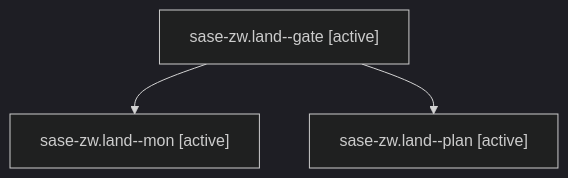
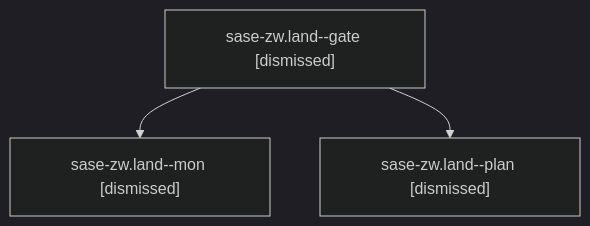
One commit to sase-org/sase--agents changed the diagram in sessions/bbugyi200.athena.sase-zw.land.md. Above: the diagram before and after it, drawn with Mermaid (dark theme). The commit also changed other lines of this file and 122 other files, not shown here.

````diff
--- a/sessions/bbugyi200.athena.sase-zw.land.md
+++ b/sessions/bbugyi200.athena.sase-zw.land.md
@@ -9,8 +9,8 @@
 ```mermaid
 flowchart TD
-  n0["sase-zw.land--gate [active]"]
-  n1["sase-zw.land--mon [active]"]
+  n0["sase-zw.land--gate [dismissed]"]
+  n1["sase-zw.land--mon [dismissed]"]
   n0 --> n1
-  n2["sase-zw.land--plan [active]"]
+  n2["sase-zw.land--plan [dismissed]"]
   n0 --> n2
 ```
````
